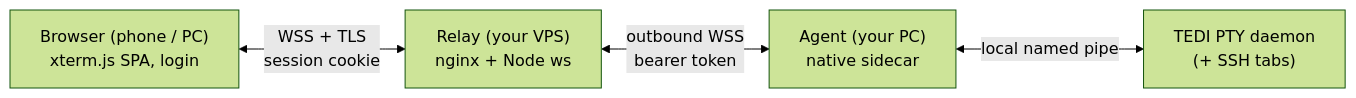
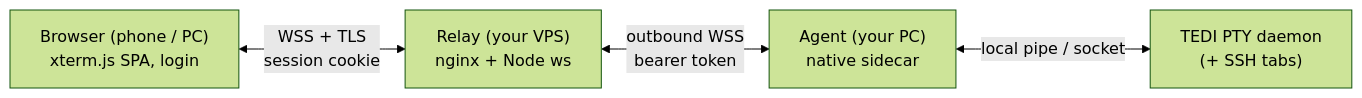
Before and after one commit to IlhamriSKY/TEDI.remote-access: the diagram in README.md, drawn with Mermaid (forest theme). The commit also changed other lines of this file and 14 other files, not shown here.

````diff
--- a/README.md
+++ b/README.md
@@ -23,6 +25,6 @@
 ```mermaid
 flowchart LR
     A["Browser (phone / PC)<br/>xterm.js SPA, login"] <-->|"WSS + TLS<br/>session cookie"| B["Relay (your VPS)<br/>nginx + Node ws"]
     B <-->|"outbound WSS<br/>bearer token"| C["Agent (your PC)<br/>native sidecar"]
-    C <-->|"local named pipe"| D["TEDI PTY daemon<br/>(+ SSH tabs)"]
+    C <-->|"local pipe / socket"| D["TEDI PTY daemon<br/>(+ SSH tabs)"]
 ```
````
